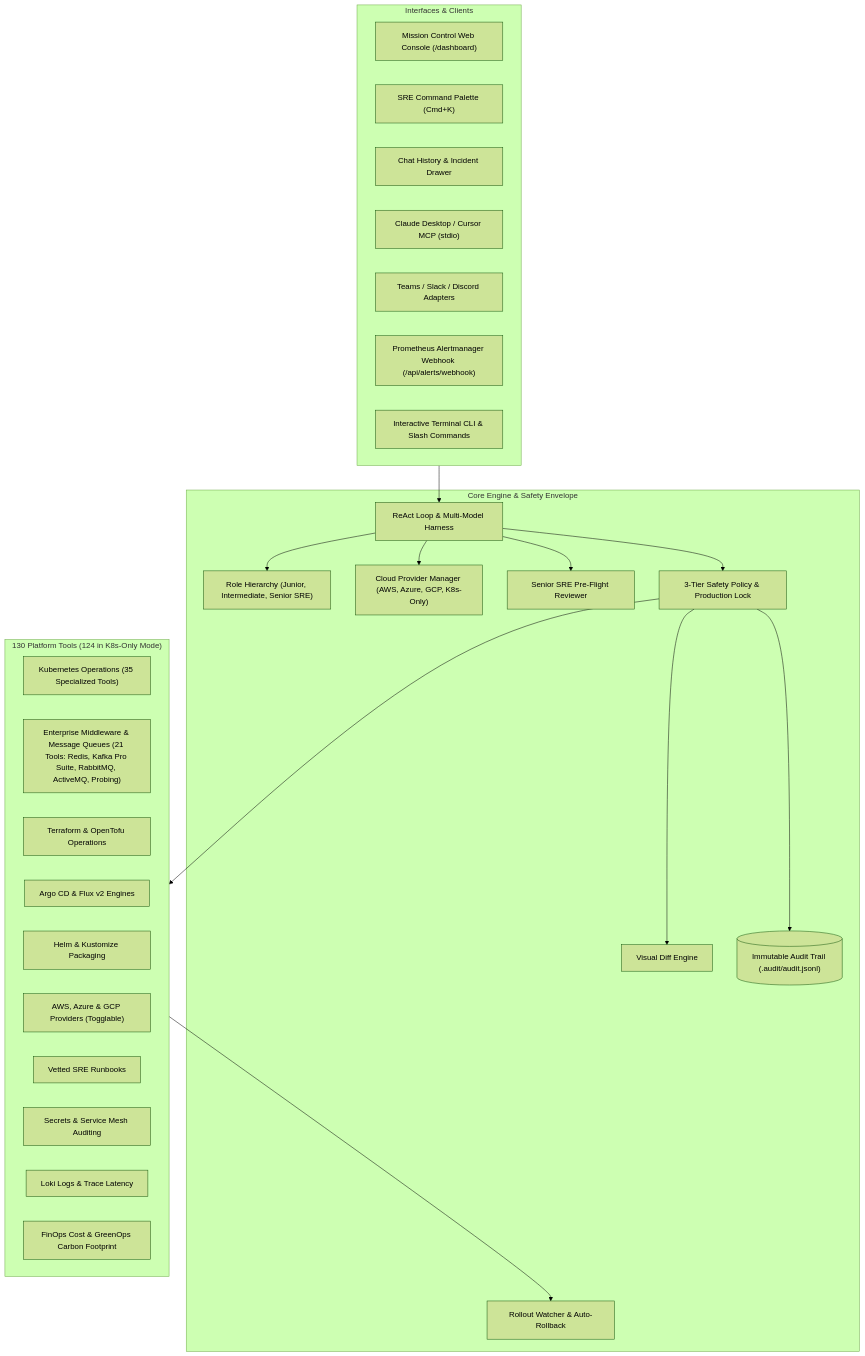
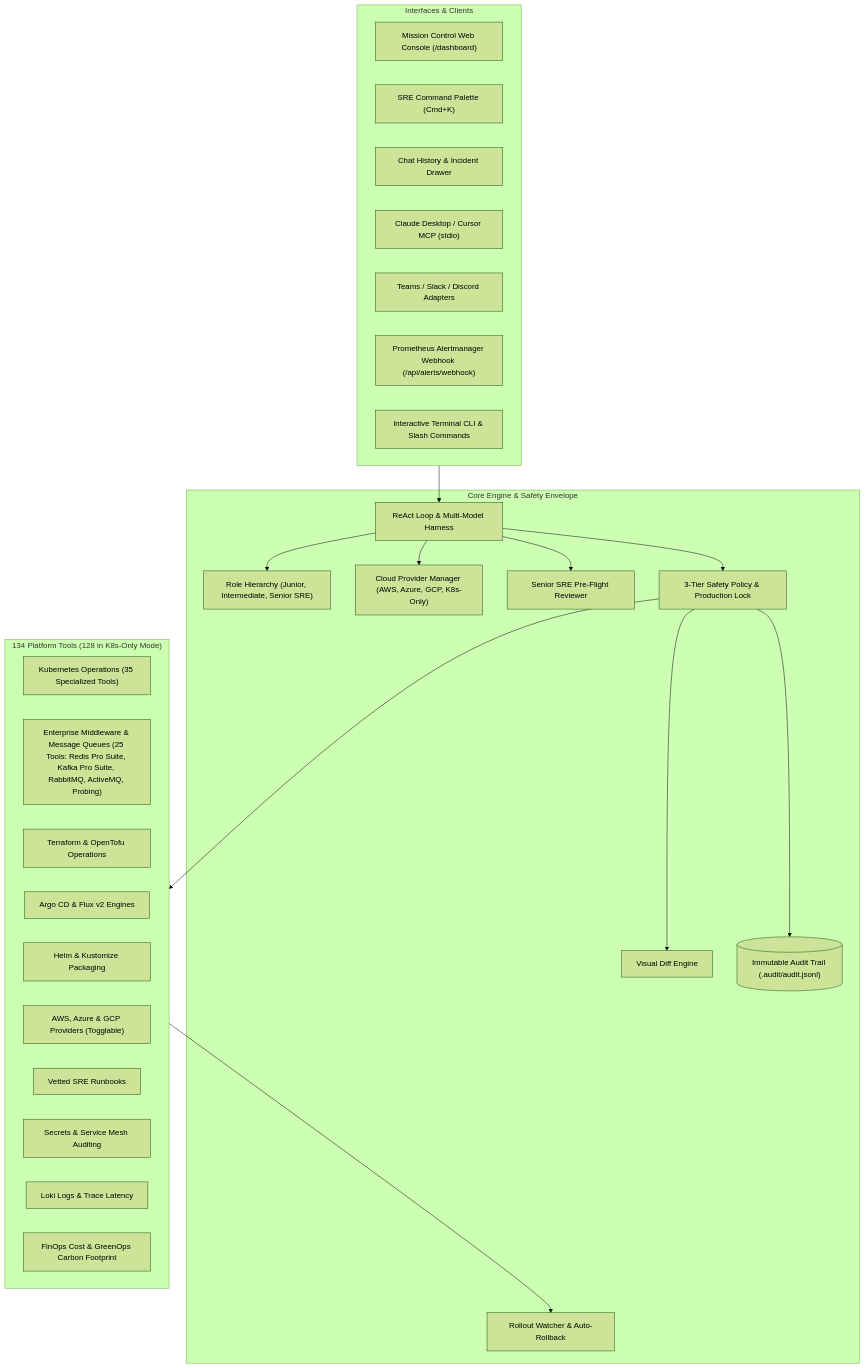
One commit to williamsjoshua005/devops-agent changed the diagram in docs/specs/README.md. Above: the diagram before and after it, drawn with Mermaid (forest theme). The commit also changed other lines of this file and 7 other files, not shown here.

Commit message:
feat(redis): enrich Redis Pro Suite with config inspect, Sentinel quorum/failover, replication tracking, and client audit

````diff
--- a/docs/specs/README.md
+++ b/docs/specs/README.md
@@ -99,46 +99,46 @@
 ```mermaid
 graph TD
     subgraph Interfaces_Clients ["Interfaces & Clients"]
         Web["Mission Control Web Console (/dashboard)"]
         CmdPalette["SRE Command Palette (Cmd+K)"]
         ChatDrawer["Chat History & Incident Drawer"]
         MCPClient["Claude Desktop / Cursor MCP (stdio)"]
         ChatOps["Teams / Slack / Discord Adapters"]
         Alerts["Prometheus Alertmanager Webhook (/api/alerts/webhook)"]
         CLI["Interactive Terminal CLI & Slash Commands"]
     end
 
     subgraph Core_Engine ["Core Engine & Safety Envelope"]
         Harness["ReAct Loop & Multi-Model Harness"]
         RoleMgr["Role Hierarchy (Junior, Intermediate, Senior SRE)"]
         CloudToggle["Cloud Provider Manager (AWS, Azure, GCP, K8s-Only)"]
         SRE["Senior SRE Pre-Flight Reviewer"]
         Guardrails["3-Tier Safety Policy & Production Lock"]
         Diff["Visual Diff Engine"]
         Watcher["Rollout Watcher & Auto-Rollback"]
         Audit[("Immutable Audit Trail (.audit/audit.jsonl)")]
     end
 
-    subgraph Platform_Tools ["130 Platform Tools (124 in K8s-Only Mode)"]
+    subgraph Platform_Tools ["134 Platform Tools (128 in K8s-Only Mode)"]
         K8s["Kubernetes Operations (35 Specialized Tools)"]
-        Middleware["Enterprise Middleware & Message Queues (21 Tools: Redis, Kafka Pro Suite, RabbitMQ, ActiveMQ, Probing)"]
+        Middleware["Enterprise Middleware & Message Queues (25 Tools: Redis Pro Suite, Kafka Pro Suite, RabbitMQ, ActiveMQ, Probing)"]
         IaC["Terraform & OpenTofu Operations"]
         GitOps["Argo CD & Flux v2 Engines"]
         Helm["Helm & Kustomize Packaging"]
         Clouds["AWS, Azure & GCP Providers (Togglable)"]
         Runbooks["Vetted SRE Runbooks"]
         SecMesh["Secrets & Service Mesh Auditing"]
         Obs["Loki Logs & Trace Latency"]
         FinOps["FinOps Cost & GreenOps Carbon Footprint"]
     end
 
     Interfaces_Clients --> Harness
     Harness --> RoleMgr
     Harness --> CloudToggle
     Harness --> SRE
     Harness --> Guardrails
     Guardrails --> Diff
     Guardrails --> Audit
     Guardrails --> Platform_Tools
     Platform_Tools --> Watcher
 ```
````
